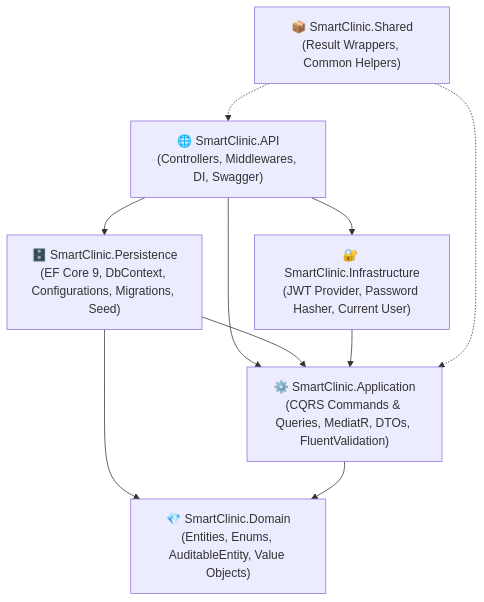
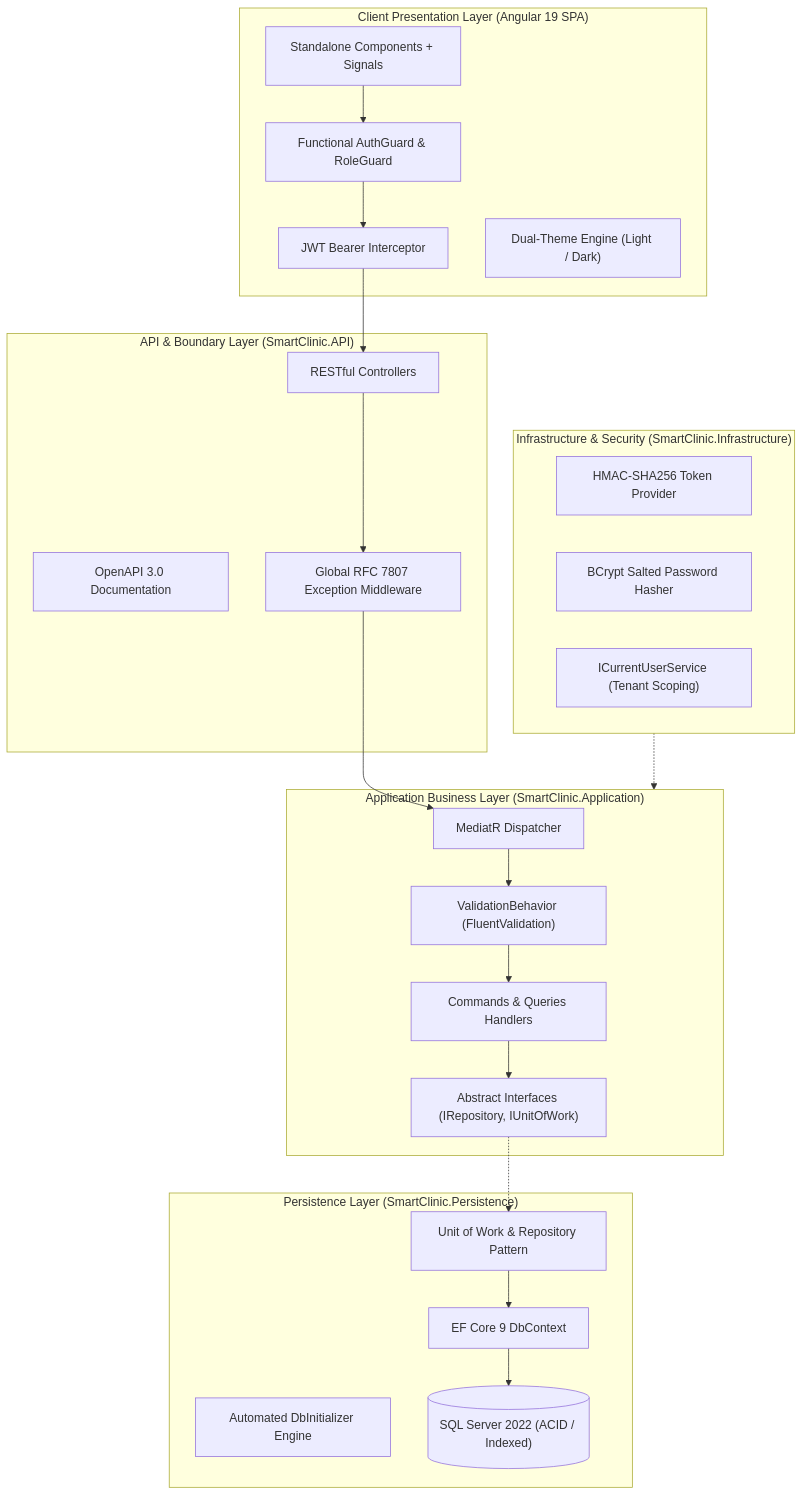
Before and after one commit to FaroukM2/SmartClinic: the first of 4 diagrams in README.md, drawn with Mermaid. The commit also changed other lines of this file, not shown here.

Commit message:
docs: rewrite README in English with enterprise Silicon-Valley architecture showcase

````diff
--- a/README.md
+++ b/README.md
@@ -119,19 +66,43 @@
 ```mermaid
 graph TD
-    API["🌐 SmartClinic.API\n(Controllers, Middlewares, DI, Swagger)"]
-    Application["⚙️ SmartClinic.Application\n(CQRS Commands & Queries, MediatR, DTOs, FluentValidation)"]
-    Infrastructure["🔐 SmartClinic.Infrastructure\n(JWT Provider, Password Hasher, Current User)"]
-    Persistence["🗄️ SmartClinic.Persistence\n(EF Core 9, DbContext, Configurations, Migrations, Seed)"]
-    Domain["💎 SmartClinic.Domain\n(Entities, Enums, AuditableEntity, Value Objects)"]
-    Shared["📦 SmartClinic.Shared\n(Result Wrappers, Common Helpers)"]
+    subgraph ClientTier ["Client Presentation Layer (Angular 19 SPA)"]
+        UI["Standalone Components + Signals"]
+        Guard["Functional AuthGuard & RoleGuard"]
+        Interceptor["JWT Bearer Interceptor"]
+        Theme["Dual-Theme Engine (Light / Dark)"]
+    end
 
-    API --> Application
-    API --> Infrastructure
-    API --> Persistence
-    Persistence --> Application
-    Persistence --> Domain
-    Infrastructure --> Application
-    Application --> Domain
-    Shared -.-> API
-    Shared -.-> Application
+    subgraph APITier ["API & Boundary Layer (SmartClinic.API)"]
+        REST["RESTful Controllers"]
+        Swagger["OpenAPI 3.0 Documentation"]
+        Middleware["Global RFC 7807 Exception Middleware"]
+    end
+
+    subgraph AppTier ["Application Business Layer (SmartClinic.Application)"]
+        MediatR["MediatR Dispatcher"]
+        CQRS["Commands & Queries Handlers"]
+        Pipeline["ValidationBehavior (FluentValidation)"]
+        Contracts["Abstract Interfaces (IRepository, IUnitOfWork)"]
+    end
+
+    subgraph InfraTier ["Infrastructure & Security (SmartClinic.Infrastructure)"]
+        JWT["HMAC-SHA256 Token Provider"]
+        BCrypt["BCrypt Salted Password Hasher"]
+        CurrentTenant["ICurrentUserService (Tenant Scoping)"]
+    end
+
+    subgraph DataTier ["Persistence Layer (SmartClinic.Persistence)"]
+        EF["EF Core 9 DbContext"]
+        UoW["Unit of Work & Repository Pattern"]
+        Seed["Automated DbInitializer Engine"]
+        SQL[("SQL Server 2022 (ACID / Indexed)")]
+    end
+
+    UI --> Guard --> Interceptor --> REST
+    REST --> Middleware --> MediatR
+    MediatR --> Pipeline --> CQRS
+    CQRS --> Contracts
+    Contracts -.-> UoW
+    UoW --> EF --> SQL
+    InfraTier -.-> AppTier
 ```
````
